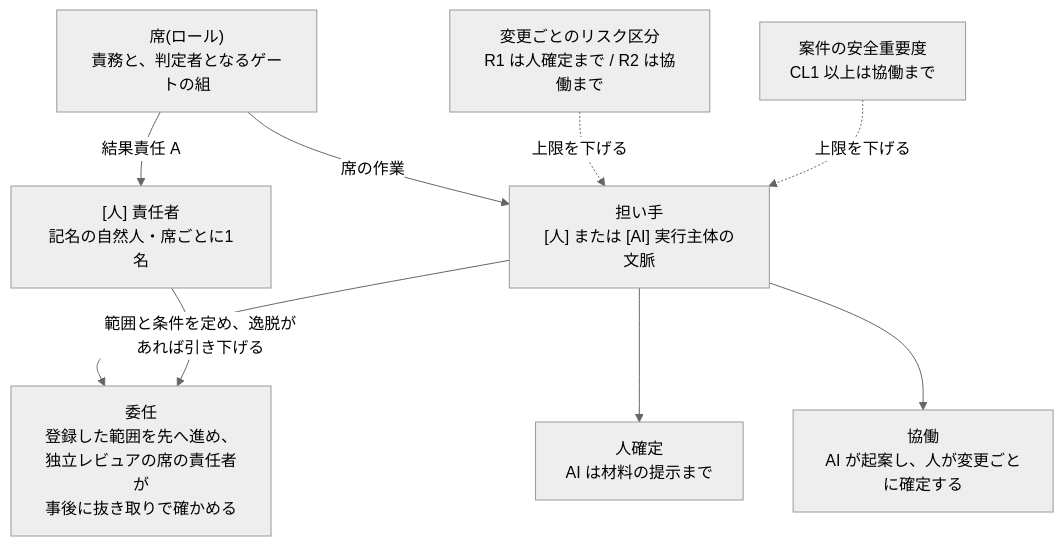
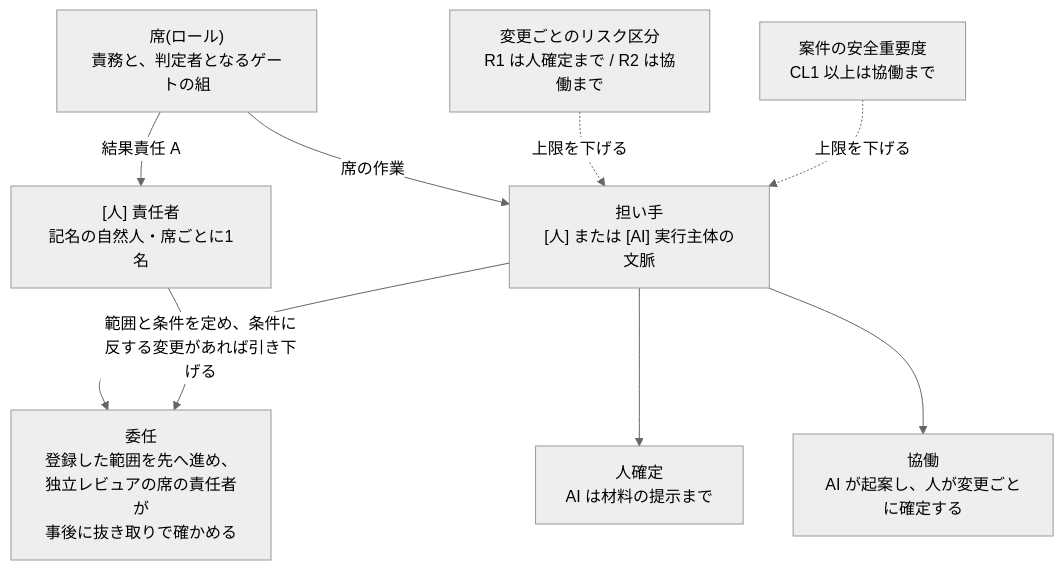
Before and after one commit to Takenori-Kusaka/process-compass: the diagram in src/content/docs/phase4-process-design/human-ai-boundary.md, drawn with Mermaid (neutral theme). The commit also changed other lines of this file and 76 other files, not shown here.

````diff
--- a/src/content/docs/phase4-process-design/human-ai-boundary.md
+++ b/src/content/docs/phase4-process-design/human-ai-boundary.md
@@ -293,12 +295,12 @@
 ```mermaid
 graph TD
   S["席(ロール)<br>責務と、判定者となるゲートの組"]
   S -->|結果責任 A| A["[人] 責任者<br>記名の自然人・席ごとに1名"]
   S -->|席の作業| P["担い手<br>[人] または [AI] 実行主体の文脈"]
   P --> M1["人確定<br>AI は材料の提示まで"]
   P --> M2["協働<br>AI が起案し、人が変更ごとに確定する"]
   P --> M3["委任<br>登録した範囲を先へ進め、<br>独立レビュアの席の責任者が<br>事後に抜き取りで確かめる"]
-  A -->|範囲と条件を定め、逸脱があれば引き下げる| M3
+  A -->|範囲と条件を定め、条件に反する変更があれば引き下げる| M3
   R["変更ごとのリスク区分<br>R1 は人確定まで / R2 は協働まで"] -.->|上限を下げる| P
   C["案件の安全重要度<br>CL1 以上は協働まで"] -.->|上限を下げる| P
 ```
````
